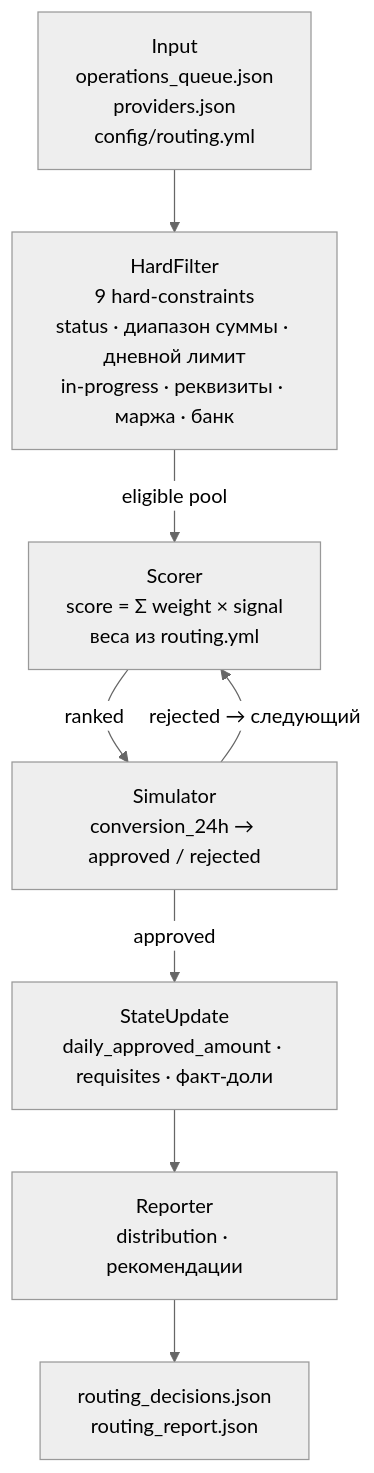
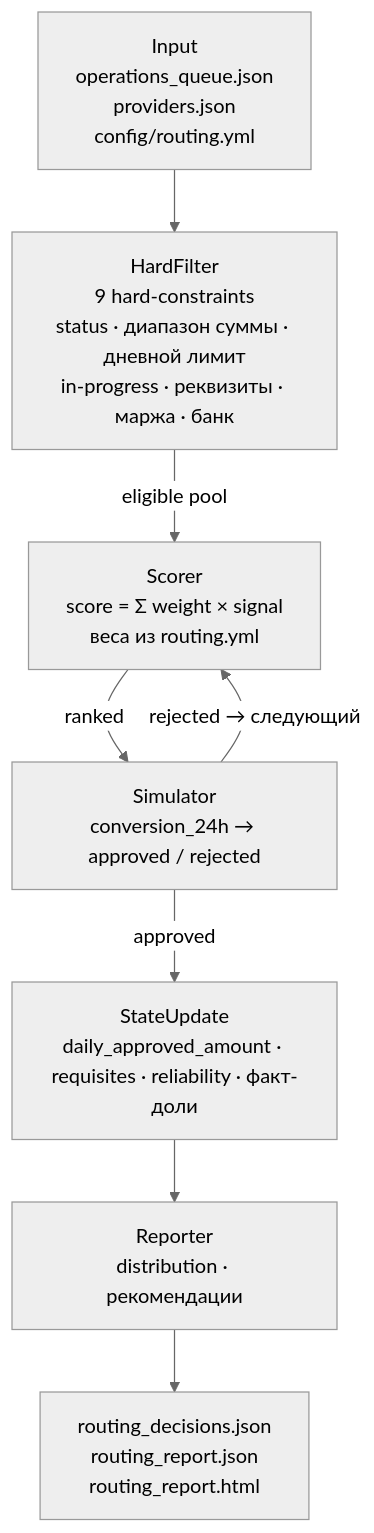
The diagram in README.md (camtimhamilton/hack_genesis), drawn with Mermaid (neutral theme) before and after one commit. The commit also changed other lines of this file and 35 other files, not shown here.

Commit message:
feat: (minitest suite, dynamic reliability, offline html dashboard)

````diff
--- a/README.md
+++ b/README.md
@@ -8,10 +12,10 @@
 ```mermaid
 flowchart TD
     IN["Input<br/>operations_queue.json<br/>providers.json<br/>config/routing.yml"] --> HF
     HF["HardFilter<br/>9 hard-constraints<br/>status · диапазон суммы · дневной лимит<br/>in-progress · реквизиты · маржа · банк"] -->|"eligible pool"| SC
     SC["Scorer<br/>score = Σ weight × signal<br/>веса из routing.yml"] -->|"ranked"| SM
     SM["Simulator<br/>conversion_24h → approved / rejected"] -->|"rejected → следующий"| SC
     SM -->|"approved"| SU
-    SU["StateUpdate<br/>daily_approved_amount · requisites · факт-доли"] --> REP
-    REP["Reporter<br/>distribution · рекомендации"] --> OUT["routing_decisions.json<br/>routing_report.json"]
+    SU["StateUpdate<br/>daily_approved_amount · requisites · reliability · факт-доли"] --> REP
+    REP["Reporter<br/>distribution · рекомендации"] --> OUT["routing_decisions.json<br/>routing_report.json<br/>routing_report.html"]
 ```
````
